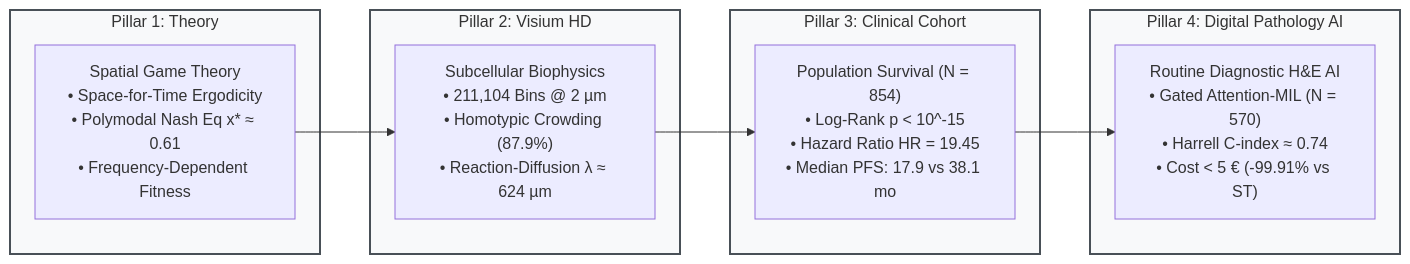
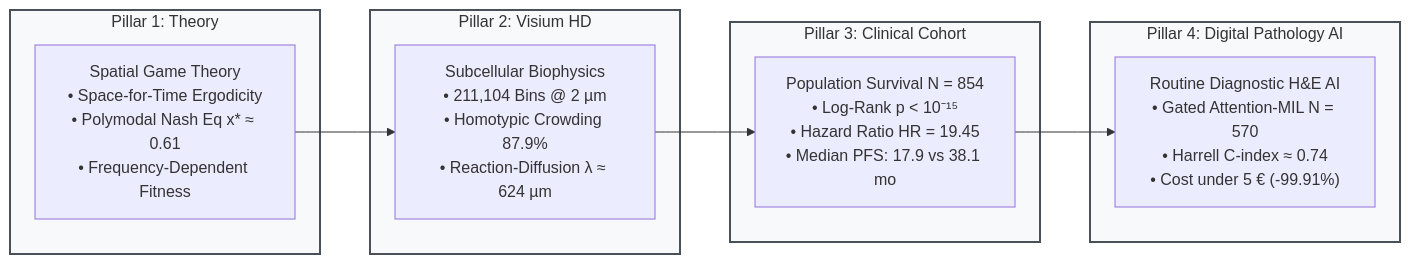
One commit to Lukecele/spatial-oncology-master changed the diagram in README.md. Above: the diagram before and after it, drawn with Mermaid.

Commit message:
fix(readme): sanitize mermaid node labels for HTML entity compliance

````diff
--- a/README.md
+++ b/README.md
@@ -22,22 +22,22 @@
 ```mermaid
 flowchart LR
     subgraph Pillar1["Pillar 1: Theory"]
         A["Spatial Game Theory<br/>• Space-for-Time Ergodicity<br/>• Polymodal Nash Eq x* ≈ 0.61<br/>• Frequency-Dependent Fitness"]
     end
     subgraph Pillar2["Pillar 2: Visium HD"]
-        B["Subcellular Biophysics<br/>• 211,104 Bins @ 2 µm<br/>• Homotypic Crowding (87.9%)<br/>• Reaction-Diffusion λ ≈ 624 µm"]
+        B["Subcellular Biophysics<br/>• 211,104 Bins @ 2 µm<br/>• Homotypic Crowding 87.9%<br/>• Reaction-Diffusion λ ≈ 624 µm"]
     end
     subgraph Pillar3["Pillar 3: Clinical Cohort"]
-        C["Population Survival (N = 854)<br/>• Log-Rank p < 10^-15<br/>• Hazard Ratio HR = 19.45<br/>• Median PFS: 17.9 vs 38.1 mo"]
+        C["Population Survival N = 854<br/>• Log-Rank p &lt; 10⁻¹⁵<br/>• Hazard Ratio HR = 19.45<br/>• Median PFS: 17.9 vs 38.1 mo"]
     end
     subgraph Pillar4["Pillar 4: Digital Pathology AI"]
-        D["Routine Diagnostic H&E AI<br/>• Gated Attention-MIL (N = 570)<br/>• Harrell C-index ≈ 0.74<br/>• Cost < 5 € (-99.91% vs ST)"]
+        D["Routine Diagnostic H&E AI<br/>• Gated Attention-MIL N = 570<br/>• Harrell C-index ≈ 0.74<br/>• Cost under 5 € (-99.91%)"]
     end
 
     A --> B
     B --> C
     C --> D
 
     classDef pillar fill:#f8f9fa,stroke:#495057,stroke-width:2px;
     class Pillar1,Pillar2,Pillar3,Pillar4 pillar;
 ```
````
